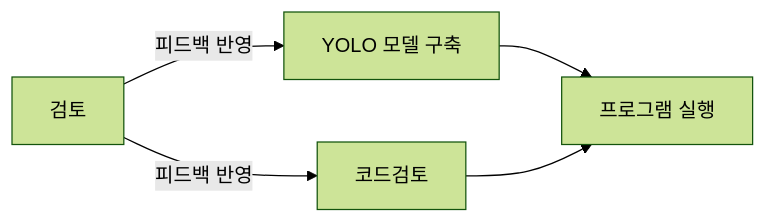
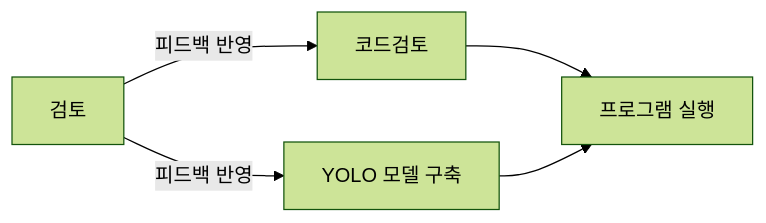
The second of 2 diagrams in README.md (gamdumdum/my-project), drawn with Mermaid (forest theme) before and after one commit.

````diff
--- a/README.md
+++ b/README.md
@@ -22,7 +22,8 @@
 ```mermaid
 flowchart LR
+  
+    코드검토-->실행
+    Yolo -->실행[프로그램 실행]
     검토[검토] -->|피드백 반영|Yolo[YOLO 모델 구축]
     검토 -->|피드백 반영|코드검토[코드검토]
-    Yolo -->실행[프로그램 실행]
-    코드검토-->실행
 ```
````
